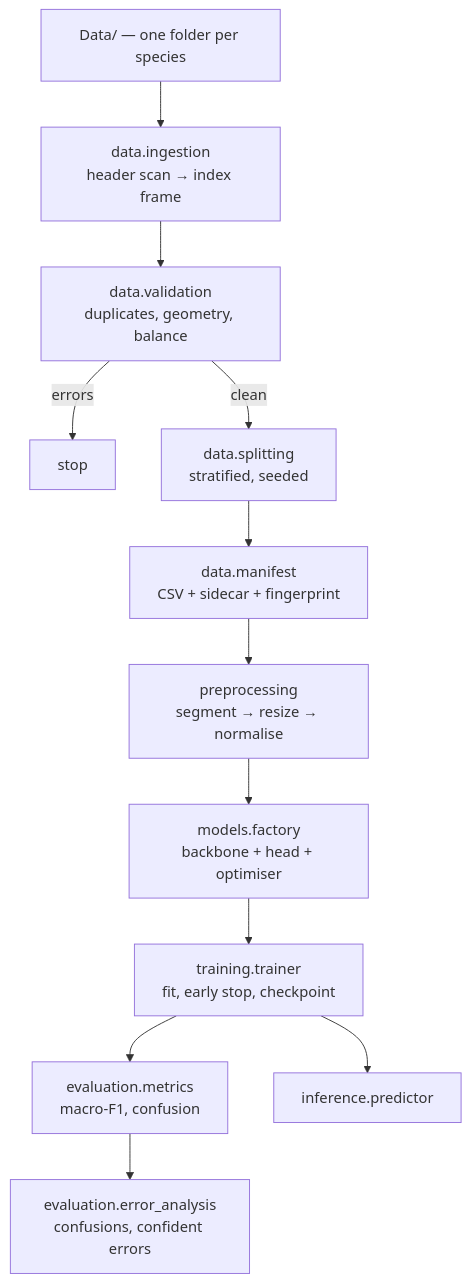
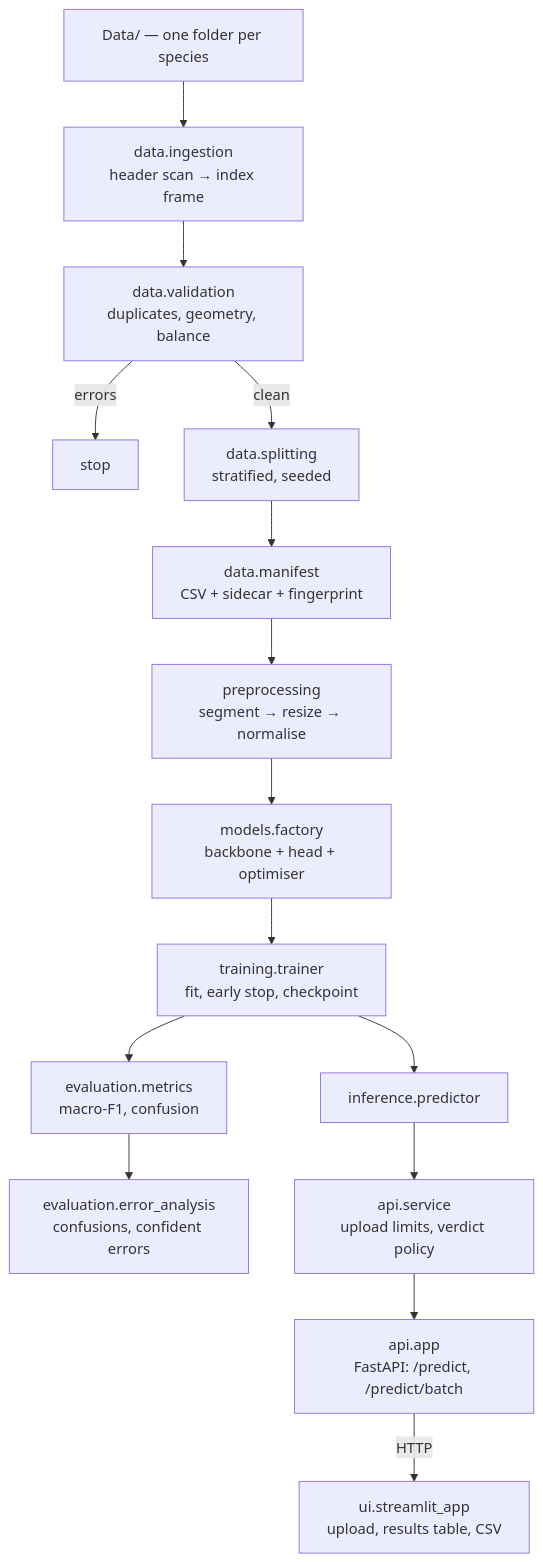
Before and after one commit to nileshkkolekar/Classifying-Indian-Medicinal-Leaf: the diagram in docs/architecture.md, drawn with Mermaid. The commit also changed other lines of this file and 16 other files, not shown here.

First line of the commit message:
feat(api): add FastAPI prediction service and Streamlit UI

````diff
--- a/docs/architecture.md
+++ b/docs/architecture.md
@@ -16,16 +16,20 @@
 ```mermaid
 flowchart TD
     A[Data/ — one folder per species] --> B[data.ingestion<br/>header scan → index frame]
     B --> C[data.validation<br/>duplicates, geometry, balance]
     C -->|errors| X[stop]
     C -->|clean| D[data.splitting<br/>stratified, seeded]
     D --> E[data.manifest<br/>CSV + sidecar + fingerprint]
 
     E --> F[preprocessing<br/>segment → resize → normalise]
     F --> G[models.factory<br/>backbone + head + optimiser]
     G --> H[training.trainer<br/>fit, early stop, checkpoint]
 
     H --> I[evaluation.metrics<br/>macro-F1, confusion]
     H --> J[inference.predictor]
     I --> K[evaluation.error_analysis<br/>confusions, confident errors]
+
+    J --> L[api.service<br/>upload limits, verdict policy]
+    L --> M[api.app<br/>FastAPI: /predict, /predict/batch]
+    M -->|HTTP| N[ui.streamlit_app<br/>upload, results table, CSV]
 ```
````
